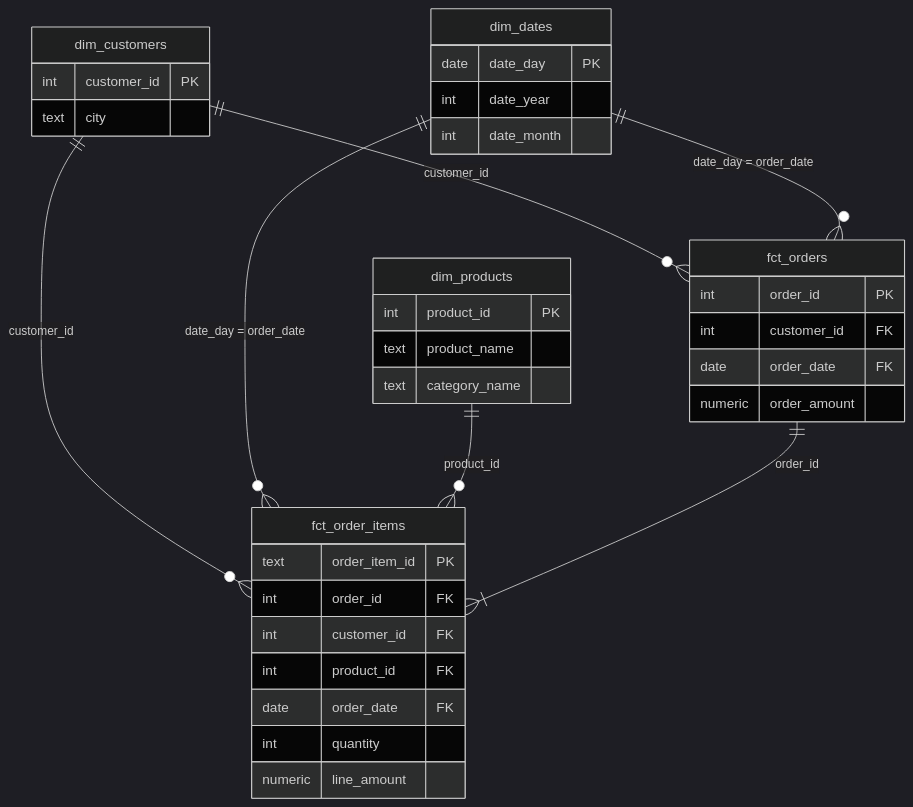
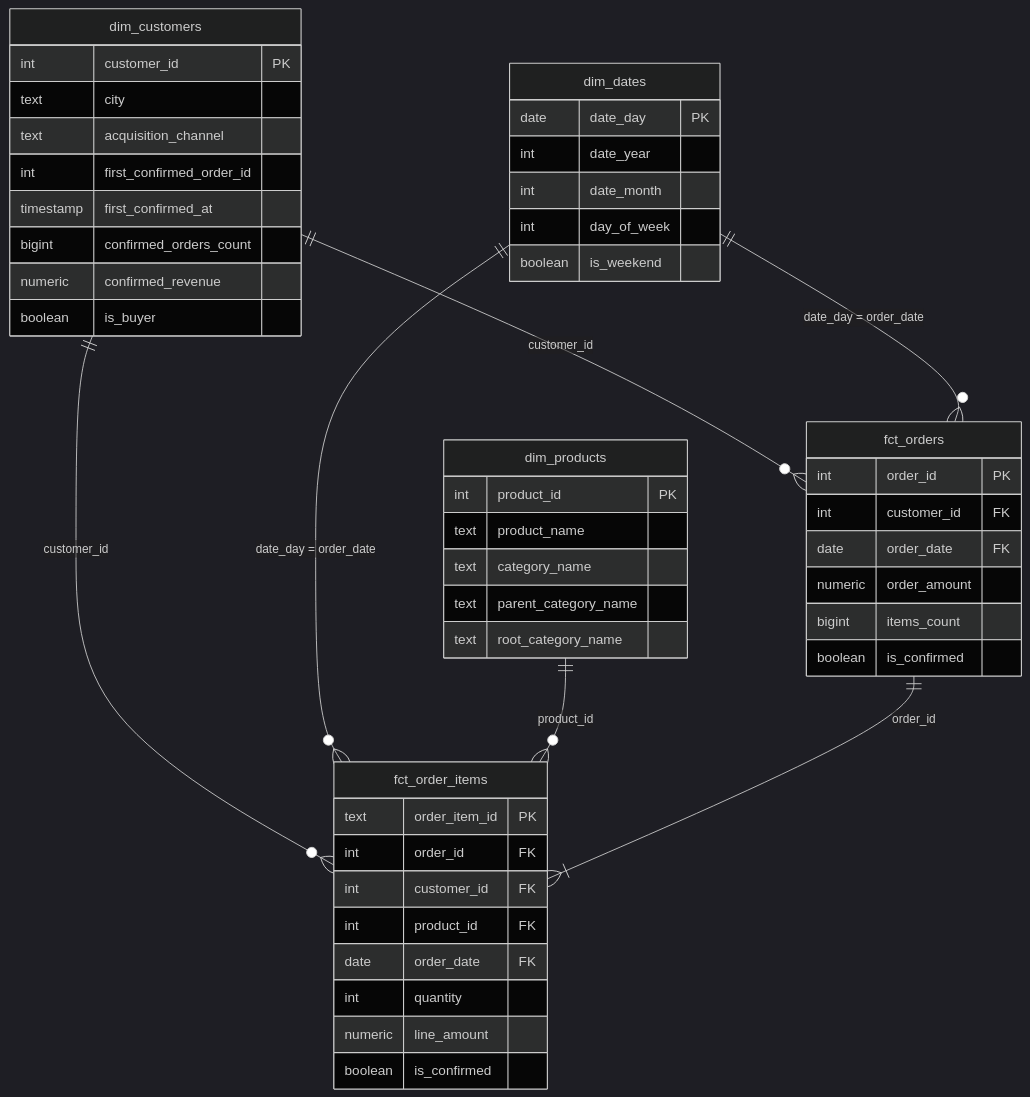
One commit to dpiliasova/store_hse changed the diagram in docs/star_schema.mmd. Above: the diagram before and after it, drawn with Mermaid (dark theme). The commit also changed 21 other files, not shown here.

```diff
--- a/docs/star_schema.mmd
+++ b/docs/star_schema.mmd
@@ -1,41 +1,54 @@
 erDiagram
     dim_customers {
         int customer_id PK
         text city
+        text acquisition_channel
+        int first_confirmed_order_id
+        timestamp first_confirmed_at
+        bigint confirmed_orders_count
+        numeric confirmed_revenue
+        boolean is_buyer
     }
 
     dim_products {
         int product_id PK
         text product_name
         text category_name
+        text parent_category_name
+        text root_category_name
     }
 
     dim_dates {
         date date_day PK
         int date_year
         int date_month
+        int day_of_week
+        boolean is_weekend
     }
 
     fct_orders {
         int order_id PK
         int customer_id FK
         date order_date FK
         numeric order_amount
+        bigint items_count
+        boolean is_confirmed
     }
 
     fct_order_items {
         text order_item_id PK
         int order_id FK
         int customer_id FK
         int product_id FK
         date order_date FK
         int quantity
         numeric line_amount
+        boolean is_confirmed
     }
 
     dim_customers ||--o{ fct_orders : customer_id
     dim_dates ||--o{ fct_orders : "date_day = order_date"
     dim_customers ||--o{ fct_order_items : customer_id
     dim_dates ||--o{ fct_order_items : "date_day = order_date"
     dim_products ||--o{ fct_order_items : product_id
     fct_orders ||--|{ fct_order_items : order_id
```
